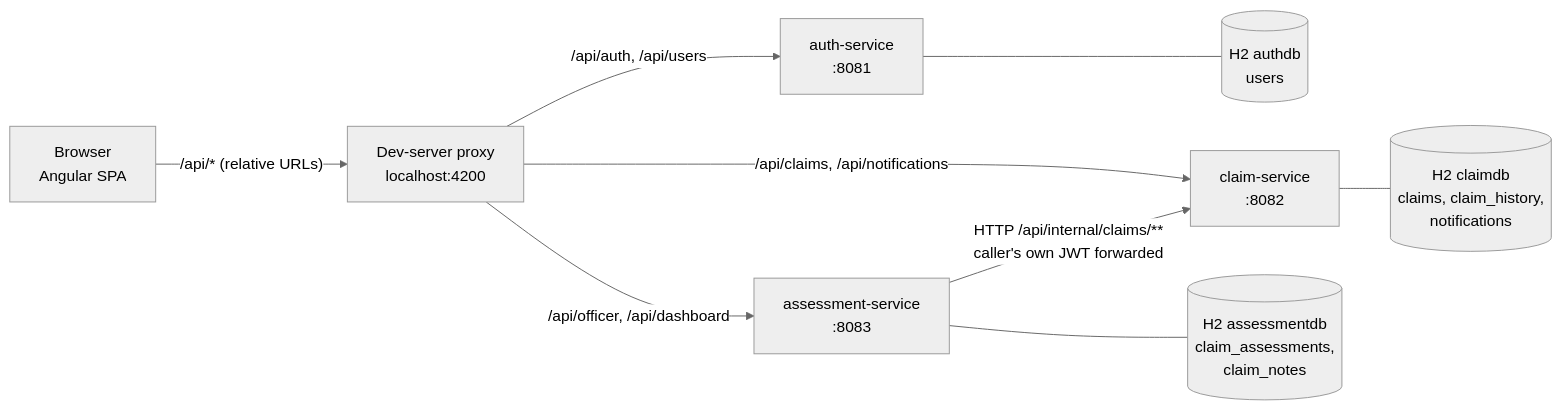
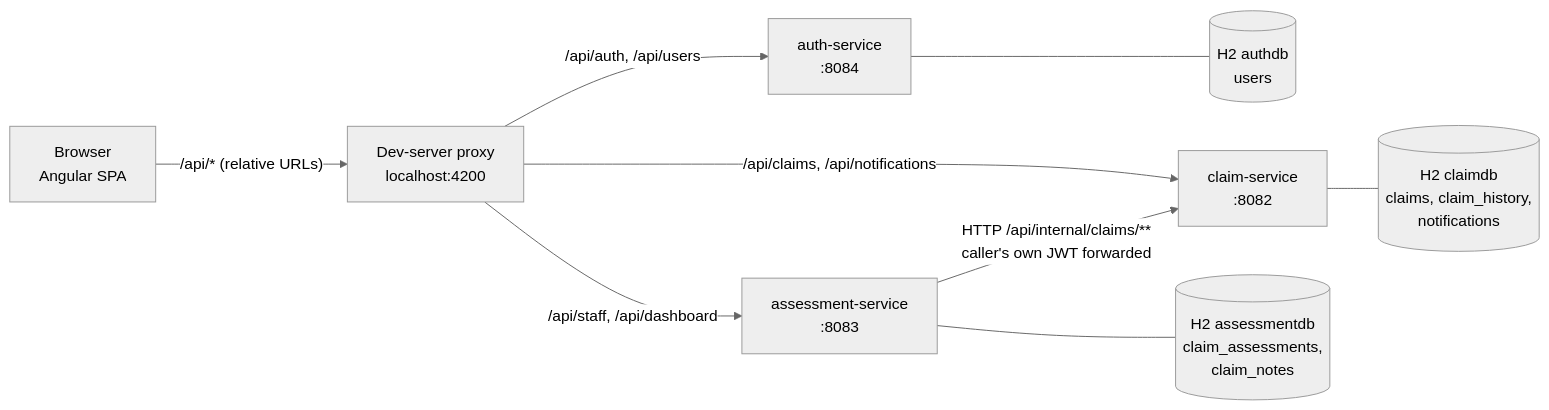
One commit to Prathyusha0405/Claims-Platform changed the first of 4 diagrams in architecture.md. Above: the diagram before and after it, drawn with Mermaid (neutral theme). The commit also changed other lines of this file and 216 other files, not shown here.

````diff
--- a/architecture.md
+++ b/architecture.md
@@ -23,11 +81,11 @@
 ```mermaid
 flowchart LR
     Browser["Browser<br/>Angular SPA"] -->|"/api/* (relative URLs)"| Proxy["Dev-server proxy<br/>localhost:4200"]
-    Proxy -->|"/api/auth, /api/users"| Auth["auth-service<br/>:8081"]
+    Proxy -->|"/api/auth, /api/users"| Auth["auth-service<br/>:8084"]
     Proxy -->|"/api/claims, /api/notifications"| Claim["claim-service<br/>:8082"]
-    Proxy -->|"/api/officer, /api/dashboard"| Assess["assessment-service<br/>:8083"]
+    Proxy -->|"/api/staff, /api/dashboard"| Assess["assessment-service<br/>:8083"]
     Assess -->|"HTTP /api/internal/claims/**<br/>caller's own JWT forwarded"| Claim
     Auth --- AuthDB[("H2 authdb<br/>users")]
     Claim --- ClaimDB[("H2 claimdb<br/>claims, claim_history,<br/>notifications")]
     Assess --- AssessDB[("H2 assessmentdb<br/>claim_assessments,<br/>claim_notes")]
 ```
````
